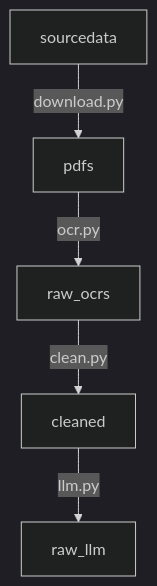
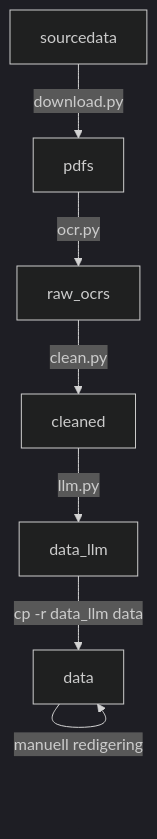
The diagram in README.md (jonathangjertsen/fugleatlas), drawn with Mermaid (dark theme) before and after one commit. The commit also changed other lines of this file and 239 other files, not shown here.

````diff
--- a/README.md
+++ b/README.md
@@ -10,7 +11,9 @@
 ```mermaid
 flowchart TD
     sourcedata -->|download.py| pdfs
     pdfs -->|ocr.py| raw_ocrs
     raw_ocrs -->|clean.py| cleaned
-    cleaned -->|llm.py| raw_llm
+    cleaned -->|llm.py| data_llm
+    data_llm -->|cp -r data_llm data| data
+    data -->|manuell redigering| data
 ```
````
